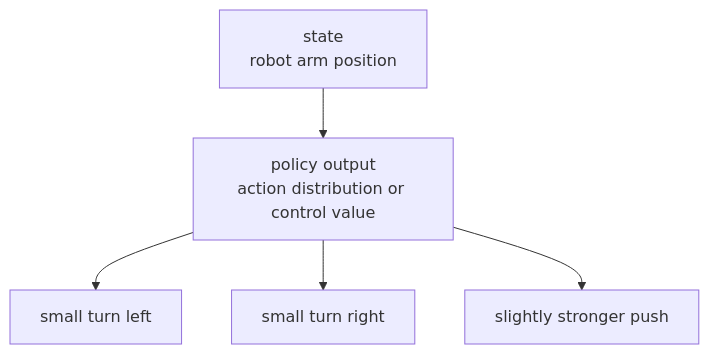
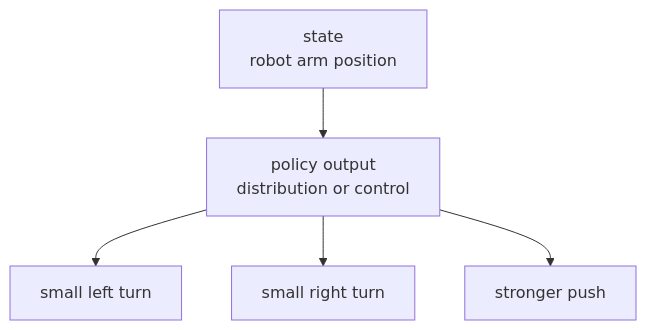
One commit to devchan64/AiBook changed the first of 6 diagrams in docs/parts/part-04/chapter-19/section-02.md. Above: the diagram before and after it, drawn with Mermaid. The commit also changed other lines of this file and 102 other files, not shown here.

````diff
--- a/docs/parts/part-04/chapter-19/section-02.md
+++ b/docs/parts/part-04/chapter-19/section-02.md
@@ -73,13 +73,13 @@
 ```mermaid
 flowchart TB
   A["state<br/>robot arm position"]
-  B["policy output<br/>action distribution or control value"]
-  C["small turn left"]
-  D["small turn right"]
-  E["slightly stronger push"]
+  B["policy output<br/>distribution or control"]
+  C["small left turn"]
+  D["small right turn"]
+  E["stronger push"]
 
   A --> B
   B --> C
   B --> D
   B --> E
 ```
````
